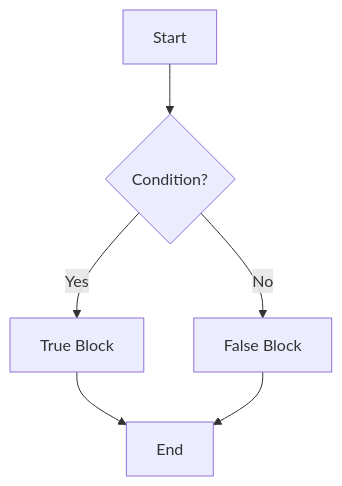
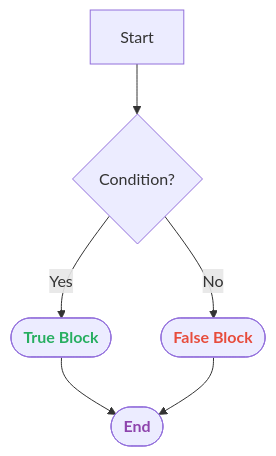
One commit to infoyouth/infoyouth.github.io changed the second of 4 diagrams in _posts/python/2025-10-28-07.-python-control-flow---conditional-statements.md. Above: the diagram before and after it, drawn with Mermaid. The commit also changed other lines of this file, not shown here.

````diff
--- a/_posts/python/2025-10-28-07.-python-control-flow---conditional-statements.md
+++ b/_posts/python/2025-10-28-07.-python-control-flow---conditional-statements.md
@@ -131,8 +136,8 @@
 ```mermaid
 flowchart TD
     A[Start] --> B{Condition?};
-    B -- Yes --> C[True Block];
-    B -- No --> D[False Block];
-    C --> E[End];
+    B -- Yes --> C([<b style='color:#27ae60'>True Block</b>]);
+    B -- No --> D([<b style='color:#e74c3c'>False Block</b>]);
+    C --> E([<b style='color:#8e44ad'>End</b>]);
     D --> E;
 ```
````
